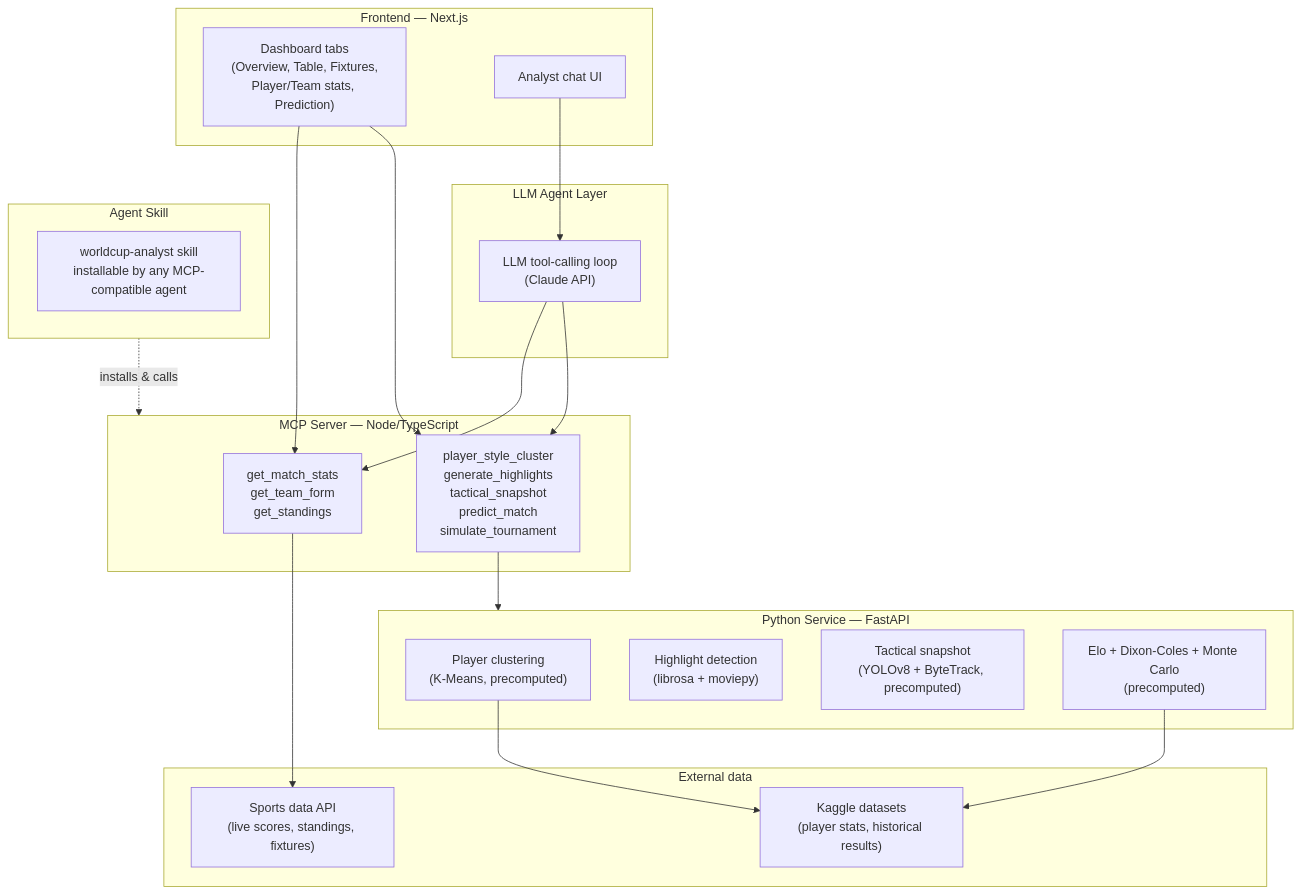
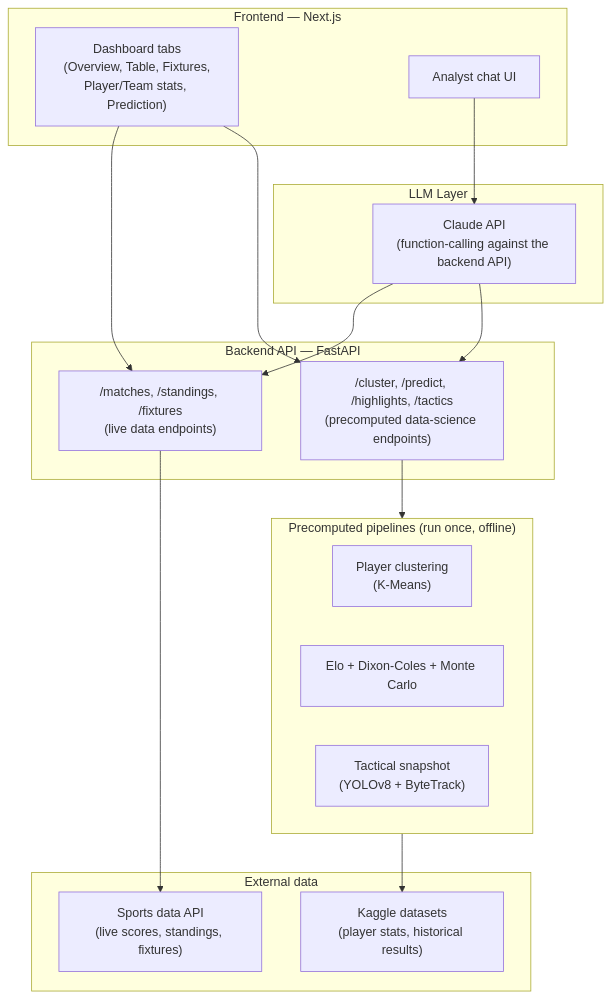
One commit to ankanz1/FULL-BACK changed the diagram in README.md. Above: the diagram before and after it, drawn with Mermaid. The commit also changed other lines of this file, not shown here.

````diff
--- a/README.md
+++ b/README.md
@@ -61,43 +58,36 @@
 ```mermaid
 graph TD
     subgraph Frontend["Frontend — Next.js"]
         Dashboard["Dashboard tabs\n(Overview, Table, Fixtures,\nPlayer/Team stats, Prediction)"]
         Chat["Analyst chat UI"]
     end
 
-    subgraph Agent["LLM Agent Layer"]
-        LLM["LLM tool-calling loop\n(Claude API)"]
+    subgraph LLM["LLM Layer"]
+        Claude["Claude API\n(function-calling against the backend API)"]
     end
 
-    subgraph MCP["MCP Server — Node/TypeScript"]
-        ToolsFree["get_match_stats\nget_team_form\nget_standings"]
-        ToolsData["player_style_cluster\ngenerate_highlights\ntactical_snapshot\npredict_match\nsimulate_tournament"]
+    subgraph Backend["Backend API — FastAPI"]
+        LiveEndpoints["/matches, /standings, /fixtures\n(live data endpoints)"]
+        DataEndpoints["/cluster, /predict, /highlights, /tactics\n(precomputed data-science endpoints)"]
     end
 
-    subgraph Python["Python Service — FastAPI"]
-        Clustering["Player clustering\n(K-Means, precomputed)"]
-        Highlights["Highlight detection\n(librosa + moviepy)"]
-        Tactical["Tactical snapshot\n(YOLOv8 + ByteTrack, precomputed)"]
-        Prediction["Elo + Dixon-Coles + Monte Carlo\n(precomputed)"]
+    subgraph Precompute["Precomputed pipelines (run once, offline)"]
+        Clustering["Player clustering\n(K-Means)"]
+        Prediction["Elo + Dixon-Coles + Monte Carlo"]
+        Tactical["Tactical snapshot\n(YOLOv8 + ByteTrack)"]
     end
 
     subgraph External["External data"]
         SportsAPI["Sports data API\n(live scores, standings, fixtures)"]
         Kaggle["Kaggle datasets\n(player stats, historical results)"]
     end
 
-    subgraph Skill["Agent Skill"]
-        WorldCupSkill["worldcup-analyst skill\ninstallable by any MCP-compatible agent"]
-    end
-
-    Dashboard --> ToolsFree
-    Dashboard --> ToolsData
-    Chat --> LLM
-    LLM --> ToolsFree
-    LLM --> ToolsData
-    ToolsFree --> SportsAPI
-    ToolsData --> Python
-    Clustering --> Kaggle
-    Prediction --> Kaggle
-    Skill -.->|installs & calls| MCP
+    Dashboard --> LiveEndpoints
+    Dashboard --> DataEndpoints
+    Chat --> Claude
+    Claude --> LiveEndpoints
+    Claude --> DataEndpoints
+    LiveEndpoints --> SportsAPI
+    Precompute --> Kaggle
+    DataEndpoints --> Precompute
 ```
````
